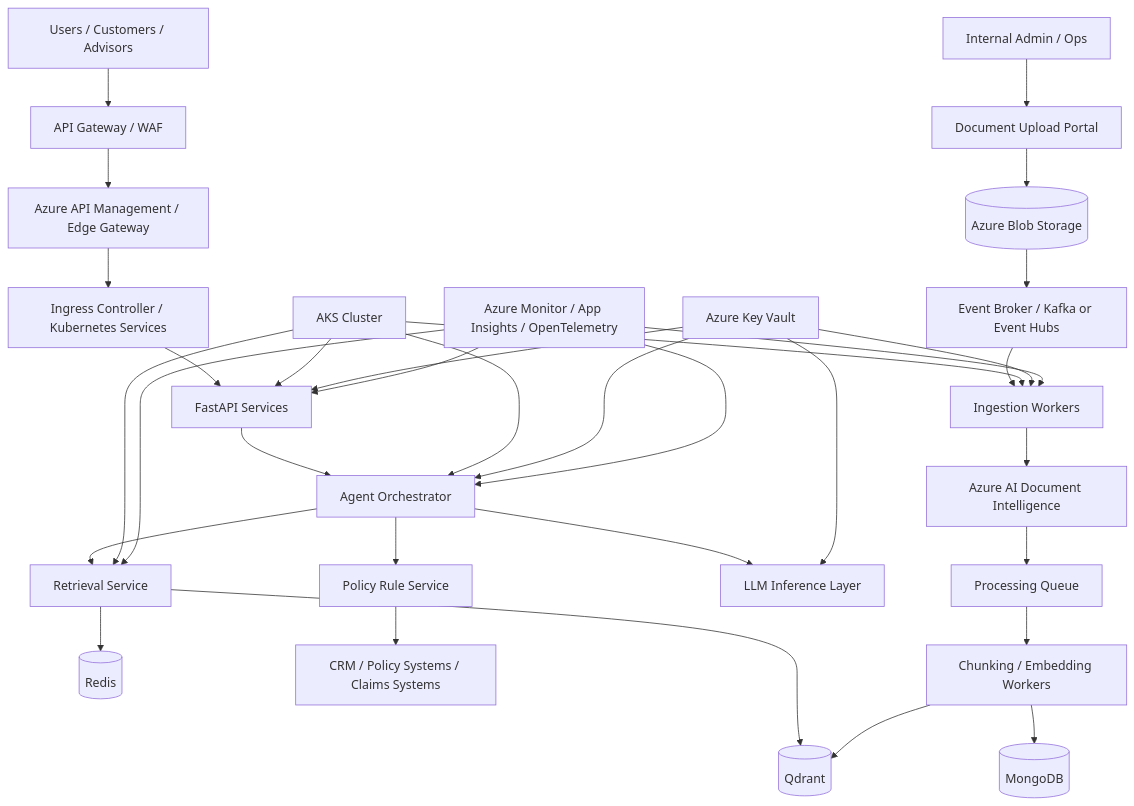
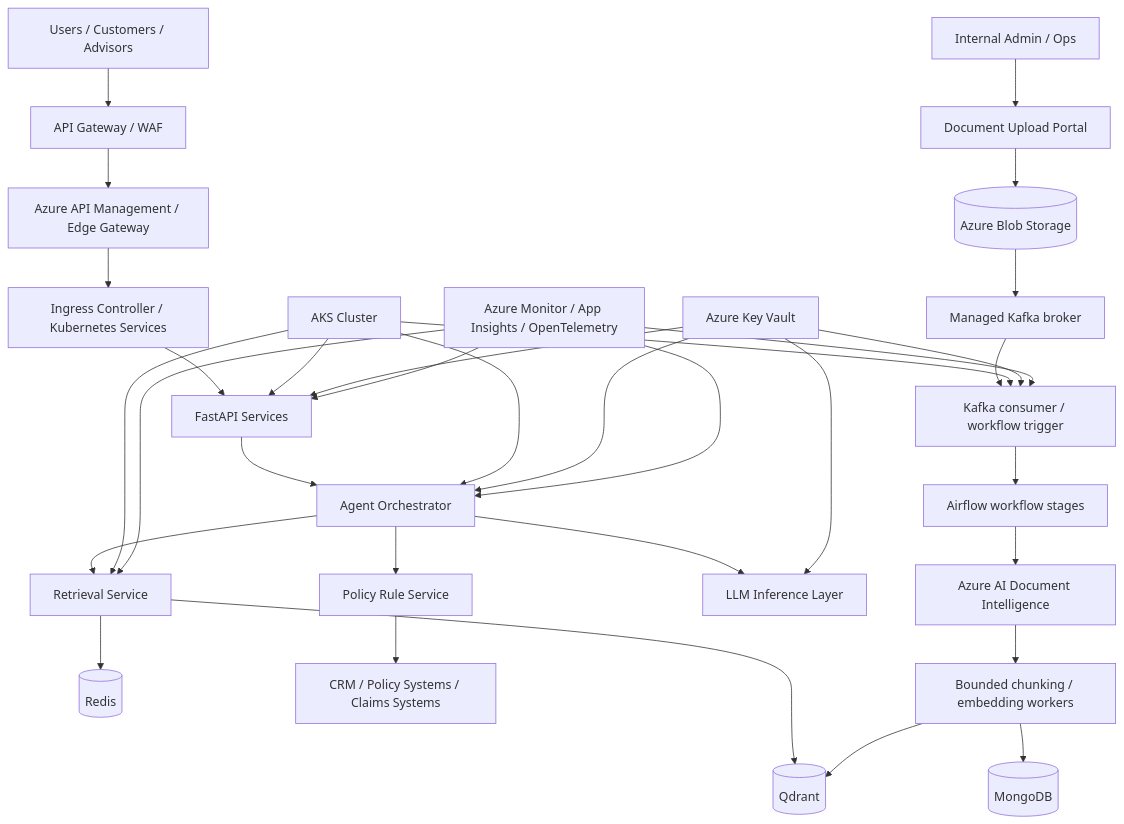
One commit to mithileshbhumca/InsuranceGenAI changed the first of 7 diagrams in deployment-architecture.md. Above: the diagram before and after it, drawn with Mermaid. The commit also changed other lines of this file and 6 other files, not shown here.

````diff
--- a/deployment-architecture.md
+++ b/deployment-architecture.md
@@ -59,39 +59,39 @@
 ```mermaid
 flowchart TD
     Internet[Users / Customers / Advisors] --> GW[API Gateway / WAF]
     GW --> APIM[Azure API Management / Edge Gateway]
     APIM --> Ingress[Ingress Controller / Kubernetes Services]
     Ingress --> API[FastAPI Services]
     API --> Orchestrator[Agent Orchestrator]
     Orchestrator --> Ret[Retrieval Service]
     Ret --> Qdrant[(Qdrant)]
     Ret --> Cache[(Redis)]
     Orchestrator --> Policy[Policy Rule Service]
     Policy --> CRM[CRM / Policy Systems / Claims Systems]
     Orchestrator --> LLM[LLM Inference Layer]
 
     Admin[Internal Admin / Ops] --> Portal[Document Upload Portal]
     Portal --> Blob[(Azure Blob Storage)]
-    Blob --> Event[Event Broker / Kafka or Event Hubs]
-    Event --> Ingest[Ingestion Workers]
-    Ingest --> DocIntel[Azure AI Document Intelligence]
-    DocIntel --> MQ[Processing Queue]
-    MQ --> Workers[Chunking / Embedding Workers]
+    Blob --> Event[Managed Kafka broker]
+    Event --> Ingest[Kafka consumer / workflow trigger]
+    Ingest --> Airflow[Airflow workflow stages]
+    Airflow --> DocIntel[Azure AI Document Intelligence]
+    DocIntel --> Workers[Bounded chunking / embedding workers]
     Workers --> Qdrant
     Workers --> Mongo[(MongoDB)]
 
     AKS[AKS Cluster] --> API
     AKS --> Orchestrator
     AKS --> Ret
     AKS --> Ingest
 
     KeyVault[Azure Key Vault] --> API
     KeyVault --> Orchestrator
     KeyVault --> Ingest
     KeyVault --> LLM
 
     Monitor[Azure Monitor / App Insights / OpenTelemetry] --> API
     Monitor --> Orchestrator
     Monitor --> Ret
     Monitor --> Ingest
 ```
````
